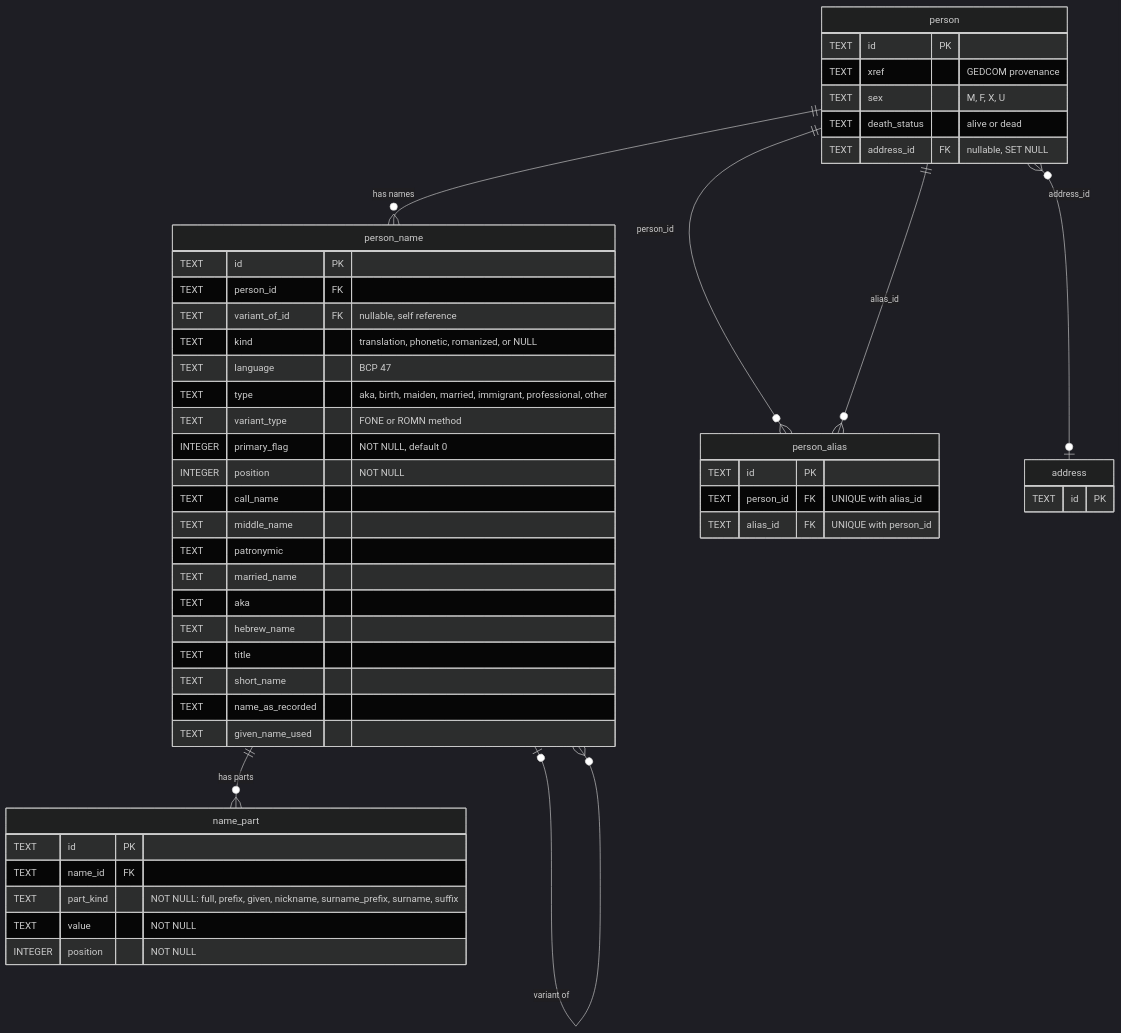
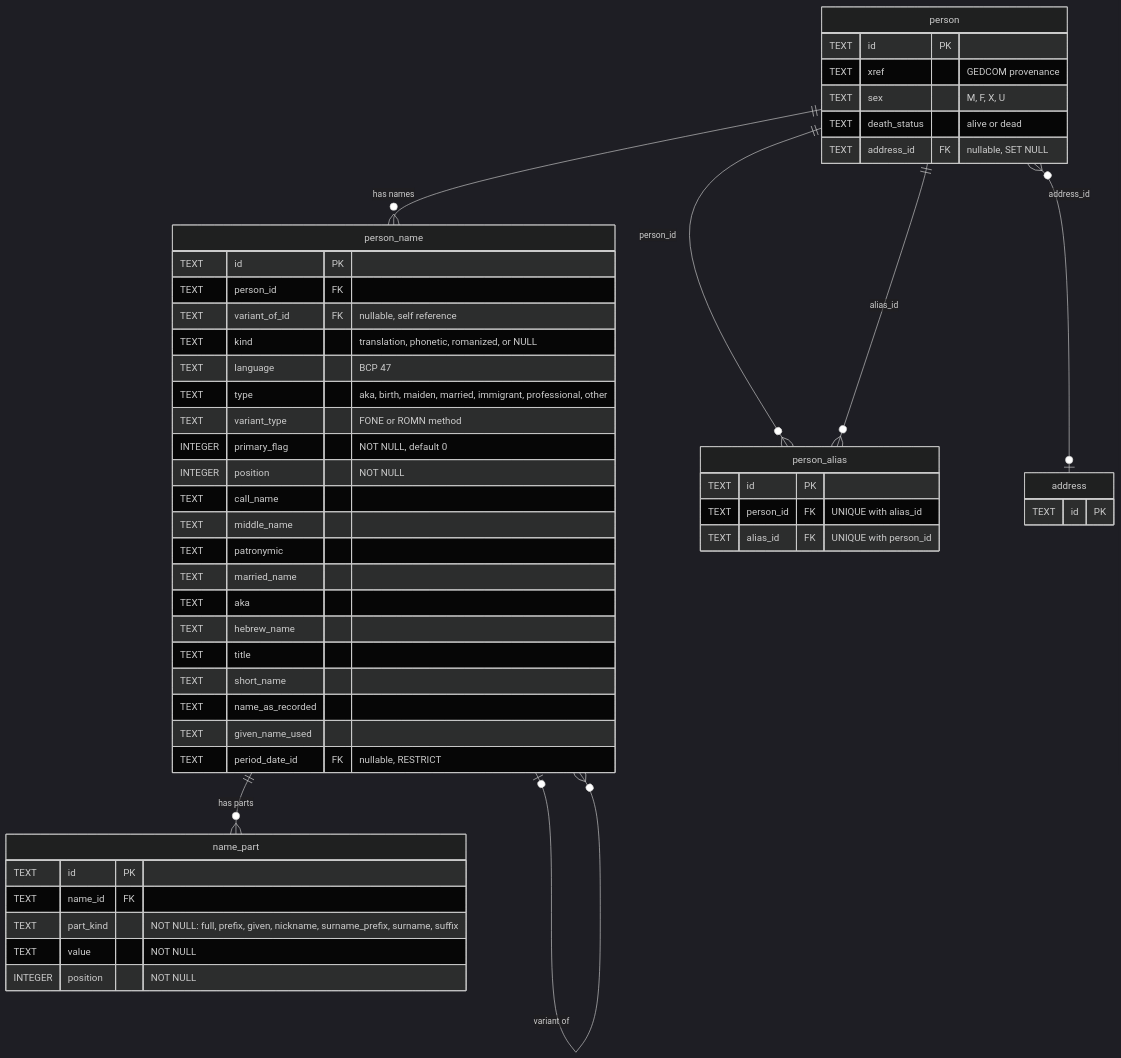
One commit to borisovodov/doru changed the first of 12 diagrams in docs/db-schema.md. Above: the diagram before and after it, drawn with Mermaid (dark theme). The commit also changed other lines of this file and 14 other files, not shown here.

````diff
--- a/docs/db-schema.md
+++ b/docs/db-schema.md
@@ -68,57 +67,58 @@
 ```mermaid
 erDiagram
     person ||--o{ person_name : "has names"
     person_name ||--o{ name_part : "has parts"
     person_name |o--o{ person_name : "variant of"
     person ||--o{ person_alias : "person_id"
     person ||--o{ person_alias : "alias_id"
     person }o--o| address : "address_id"
 
     person {
         TEXT id PK
         TEXT xref "GEDCOM provenance"
         TEXT sex "M, F, X, U"
         TEXT death_status "alive or dead"
         TEXT address_id FK "nullable, SET NULL"
     }
 
     person_name {
         TEXT id PK
         TEXT person_id FK
         TEXT variant_of_id FK "nullable, self reference"
         TEXT kind "translation, phonetic, romanized, or NULL"
         TEXT language "BCP 47"
         TEXT type "aka, birth, maiden, married, immigrant, professional, other"
         TEXT variant_type "FONE or ROMN method"
         INTEGER primary_flag "NOT NULL, default 0"
         INTEGER position "NOT NULL"
         TEXT call_name
         TEXT middle_name
         TEXT patronymic
         TEXT married_name
         TEXT aka
         TEXT hebrew_name
         TEXT title
         TEXT short_name
         TEXT name_as_recorded
         TEXT given_name_used
+        TEXT period_date_id FK "nullable, RESTRICT"
     }
 
     name_part {
         TEXT id PK
         TEXT name_id FK
         TEXT part_kind "NOT NULL: full, prefix, given, nickname, surname_prefix, surname, suffix"
         TEXT value "NOT NULL"
         INTEGER position "NOT NULL"
     }
 
     person_alias {
         TEXT id PK
         TEXT person_id FK "UNIQUE with alias_id"
         TEXT alias_id FK "UNIQUE with person_id"
     }
 
     address {
         TEXT id PK
     }
 ```
````
